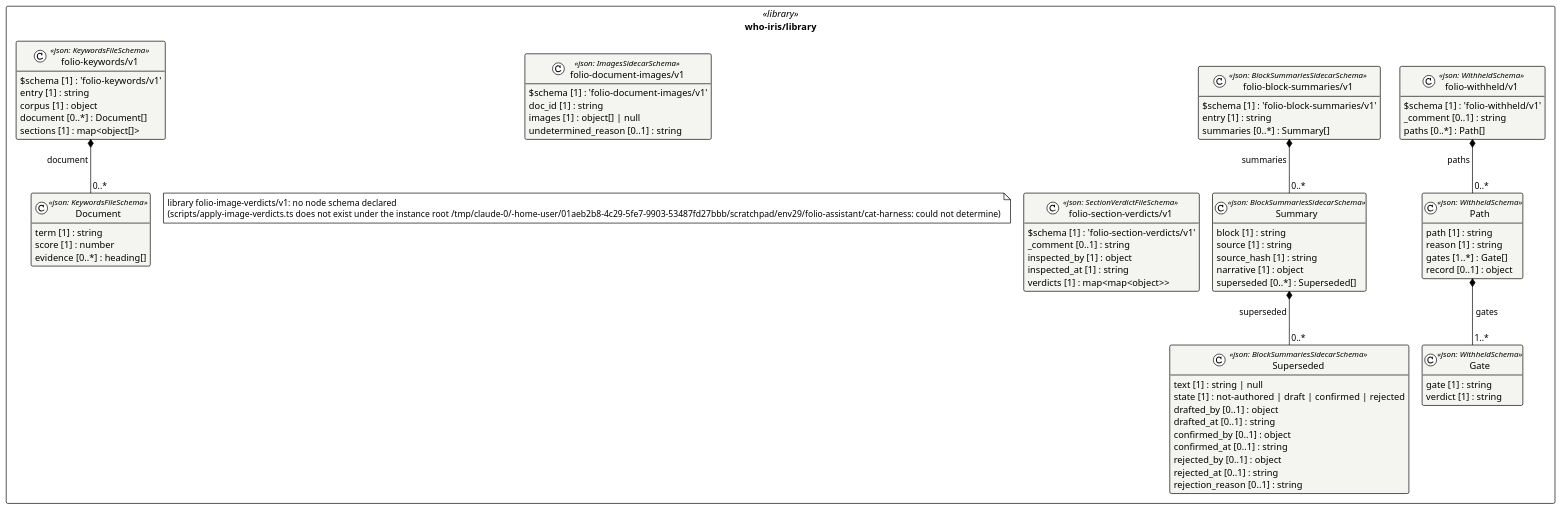
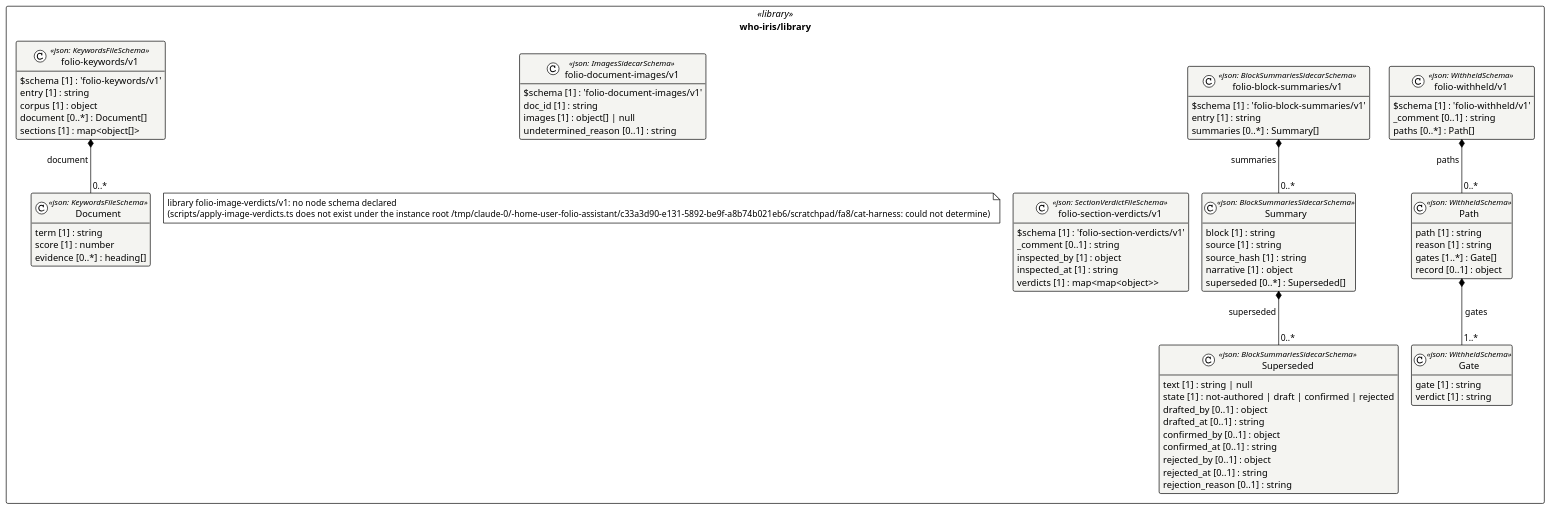
The diagram in uml/overview/who-iris/library.puml (litlfred/cat-harness), drawn with PlantUML before and after one commit. The commit also changed 1163 other files, not shown here.

```diff
--- a/uml/overview/who-iris/library.puml
+++ b/uml/overview/who-iris/library.puml
@@ -3,81 +3,81 @@
 @startuml who_iris_library
 !pragma layout elk
 !theme plain
 skinparam classAttributeIconSize 0
 skinparam shadowing false
 skinparam packageStyle rectangle
 hide empty methods
 
 package "who-iris/library" as pkg_who_iris_library <<library>> {
   class "folio-document-images/v1" as who_iris_library_folio_document_images_v1_folio_document_images_v1 <<json: ImagesSidecarSchema>> #f4f4f1 {
     $schema [1] : 'folio-document-images/v1'
     doc_id [1] : string
     images [1] : object[] | null
     undetermined_reason [0..1] : string
   }
   class "folio-section-verdicts/v1" as who_iris_library_folio_section_verdicts_v1_folio_section_verdicts_v1 <<json: SectionVerdictFileSchema>> #f4f4f1 {
     $schema [1] : 'folio-section-verdicts/v1'
     _comment [0..1] : string
     inspected_by [1] : object
     inspected_at [1] : string
     verdicts [1] : map<map<object>>
   }
   class "Superseded" as who_iris_library_folio_block_summaries_v1_Superseded <<json: BlockSummariesSidecarSchema>> #f4f4f1 {
     text [1] : string | null
     state [1] : not-authored | draft | confirmed | rejected
     drafted_by [0..1] : object
     drafted_at [0..1] : string
     confirmed_by [0..1] : object
     confirmed_at [0..1] : string
     rejected_by [0..1] : object
     rejected_at [0..1] : string
     rejection_reason [0..1] : string
   }
   class "Summary" as who_iris_library_folio_block_summaries_v1_Summary <<json: BlockSummariesSidecarSchema>> #f4f4f1 {
     block [1] : string
     source [1] : string
     source_hash [1] : string
     narrative [1] : object
     superseded [0..*] : Superseded[]
   }
   class "folio-block-summaries/v1" as who_iris_library_folio_block_summaries_v1_folio_block_summaries_v1 <<json: BlockSummariesSidecarSchema>> #f4f4f1 {
     $schema [1] : 'folio-block-summaries/v1'
     entry [1] : string
     summaries [0..*] : Summary[]
   }
   class "Document" as who_iris_library_folio_keywords_v1_Document <<json: KeywordsFileSchema>> #f4f4f1 {
     term [1] : string
     score [1] : number
     evidence [0..*] : heading[]
   }
   class "folio-keywords/v1" as who_iris_library_folio_keywords_v1_folio_keywords_v1 <<json: KeywordsFileSchema>> #f4f4f1 {
     $schema [1] : 'folio-keywords/v1'
     entry [1] : string
     corpus [1] : object
     document [0..*] : Document[]
     sections [1] : map<object[]>
   }
   class "Gate" as who_iris_library_folio_withheld_v1_Gate <<json: WithheldSchema>> #f4f4f1 {
     gate [1] : string
     verdict [1] : string
   }
   class "Path" as who_iris_library_folio_withheld_v1_Path <<json: WithheldSchema>> #f4f4f1 {
     path [1] : string
     reason [1] : string
     gates [1..*] : Gate[]
     record [0..1] : object
   }
   class "folio-withheld/v1" as who_iris_library_folio_withheld_v1_folio_withheld_v1 <<json: WithheldSchema>> #f4f4f1 {
     $schema [1] : 'folio-withheld/v1'
     _comment [0..1] : string
     paths [0..*] : Path[]
   }
-  note "library folio-image-verdicts/v1: no node schema declared\n(scripts/apply-image-verdicts.ts does not exist under the instance root /tmp/claude-0/-home-user/01aeb2b8-4c29-5fe7-9903-53487fd27bbb/scratchpad/env29/folio-assistant/cat-harness: could not determine)" as n_who_iris_library_library_folio_image_verdicts_v1
+  note "library folio-image-verdicts/v1: no node schema declared\n(scripts/apply-image-verdicts.ts does not exist under the instance root /tmp/claude-0/-home-user-folio-assistant/c33a3d90-e131-5892-be9f-a8b74b021eb6/scratchpad/fa8/cat-harness: could not determine)" as n_who_iris_library_library_folio_image_verdicts_v1
 }
 
 who_iris_library_folio_block_summaries_v1_Summary *-- "0..*" who_iris_library_folio_block_summaries_v1_Superseded : superseded
 who_iris_library_folio_block_summaries_v1_folio_block_summaries_v1 *-- "0..*" who_iris_library_folio_block_summaries_v1_Summary : summaries
 who_iris_library_folio_keywords_v1_folio_keywords_v1 *-- "0..*" who_iris_library_folio_keywords_v1_Document : document
 who_iris_library_folio_withheld_v1_Path *-- "1..*" who_iris_library_folio_withheld_v1_Gate : gates
 who_iris_library_folio_withheld_v1_folio_withheld_v1 *-- "0..*" who_iris_library_folio_withheld_v1_Path : paths
 @enduml
```
